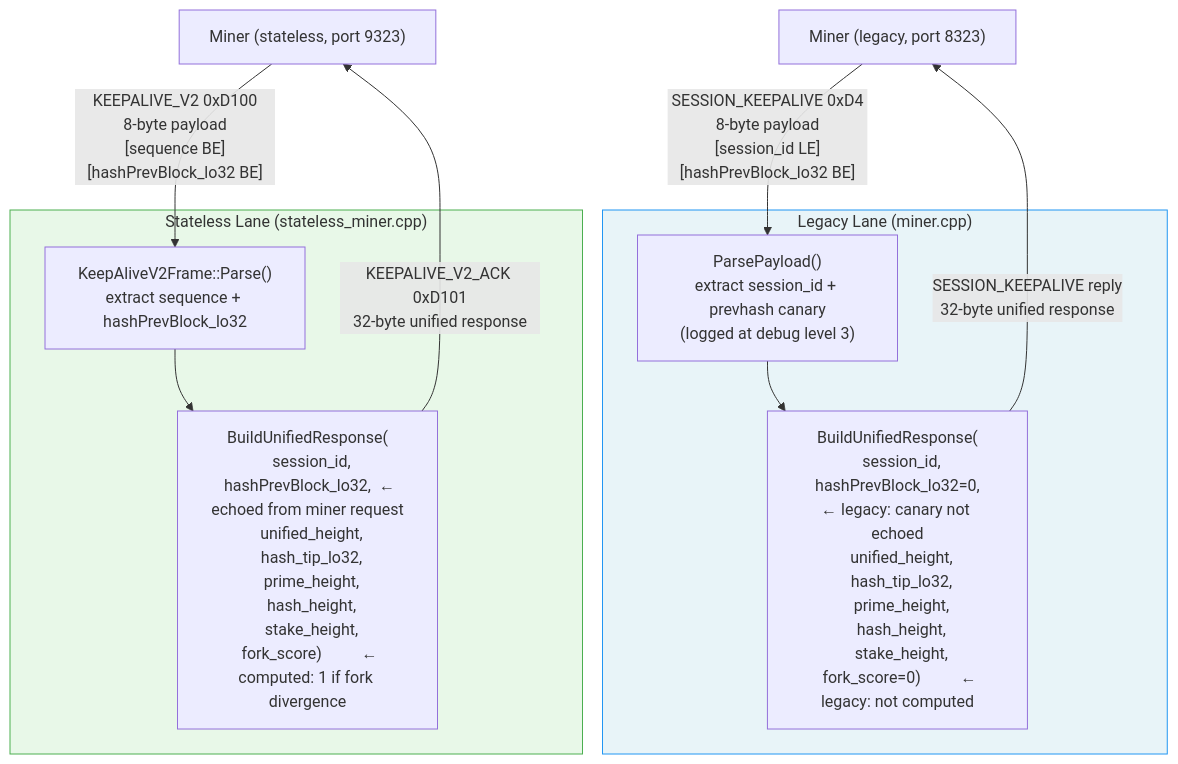
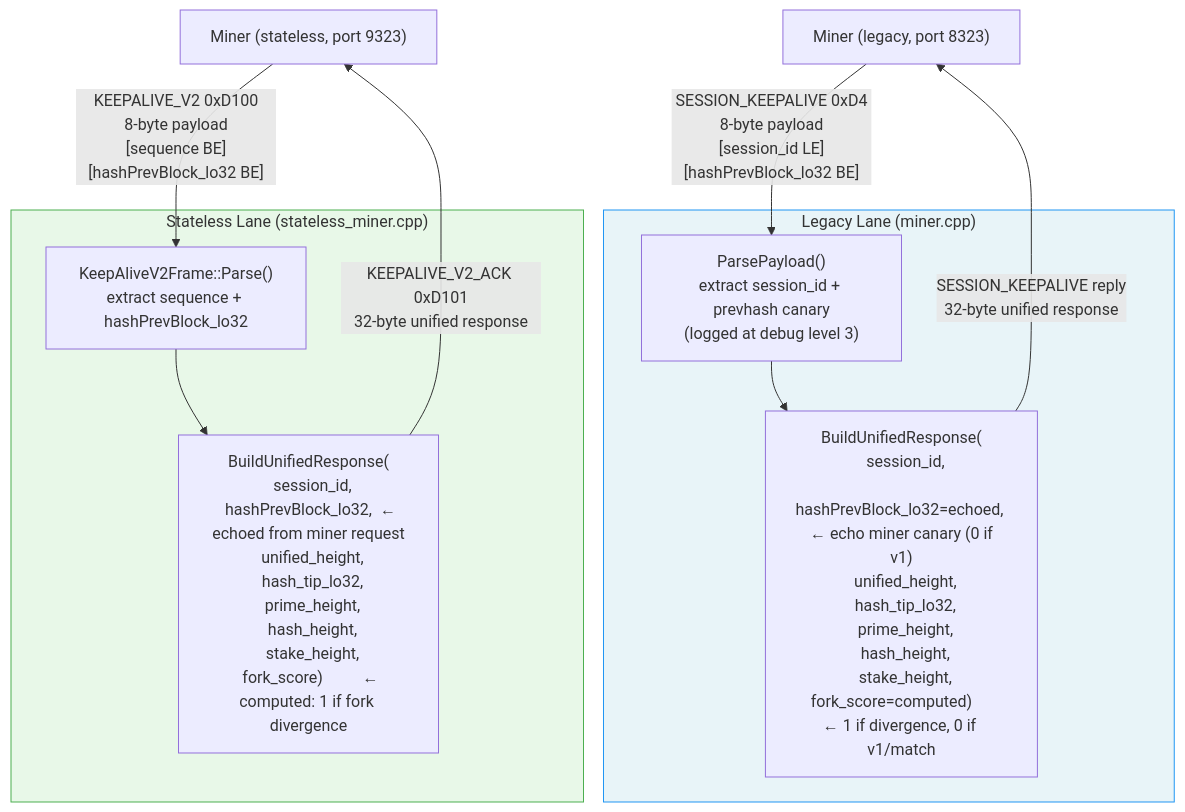
One commit to Nexusoft/LLL-TAO changed diagram 11 of 11 in docs/reference/Flow-Architecture-Diagram-REF.md. Above: the diagram before and after it, drawn with Mermaid. The commit also changed other lines of this file and 5 other files, not shown here.

Commit message:
Complete fork canary unification: echo hashPrevBlock_lo32 and compute fork_score on legacy lane

````diff
--- a/docs/reference/Flow-Architecture-Diagram-REF.md
+++ b/docs/reference/Flow-Architecture-Diagram-REF.md
@@ -446,26 +446,26 @@
 ```mermaid
 flowchart TD
     MinerLegacy["Miner (legacy, port 8323)"]
     MinerStateless["Miner (stateless, port 9323)"]
 
     MinerLegacy -->|"SESSION_KEEPALIVE 0xD4\n8-byte payload\n[session_id LE][hashPrevBlock_lo32 BE]"| LegacyHandler
     MinerStateless -->|"KEEPALIVE_V2 0xD100\n8-byte payload\n[sequence BE][hashPrevBlock_lo32 BE]"| StatelessHandler
 
     subgraph LegacyLane["Legacy Lane (miner.cpp)"]
         LegacyHandler["ParsePayload()\nextract session_id + prevhash canary\n(logged at debug level 3)"]
-        LegacyBuild["BuildUnifiedResponse(\n  session_id,\n  hashPrevBlock_lo32=0,  ← legacy: canary not echoed\n  unified_height,\n  hash_tip_lo32,\n  prime_height,\n  hash_height,\n  stake_height,\n  fork_score=0)          ← legacy: not computed"]
+        LegacyBuild["BuildUnifiedResponse(\n  session_id,\n  hashPrevBlock_lo32=echoed,  ← echo miner canary (0 if v1)\n  unified_height,\n  hash_tip_lo32,\n  prime_height,\n  hash_height,\n  stake_height,\n  fork_score=computed)       ← 1 if divergence, 0 if v1/match"]
         LegacyHandler --> LegacyBuild
     end
 
     subgraph StatelessLane["Stateless Lane (stateless_miner.cpp)"]
         StatelessHandler["KeepAliveV2Frame::Parse()\nextract sequence + hashPrevBlock_lo32"]
         StatelessBuild["BuildUnifiedResponse(\n  session_id,\n  hashPrevBlock_lo32,  ← echoed from miner request\n  unified_height,\n  hash_tip_lo32,\n  prime_height,\n  hash_height,\n  stake_height,\n  fork_score)          ← computed: 1 if fork divergence"]
         StatelessHandler --> StatelessBuild
     end
 
     LegacyBuild -->|"SESSION_KEEPALIVE reply\n32-byte unified response"| MinerLegacy
     StatelessBuild -->|"KEEPALIVE_V2_ACK 0xD101\n32-byte unified response"| MinerStateless
 
     style LegacyLane fill:#e8f4f8,stroke:#2196F3
     style StatelessLane fill:#e8f8e8,stroke:#4CAF50
 ```
````
